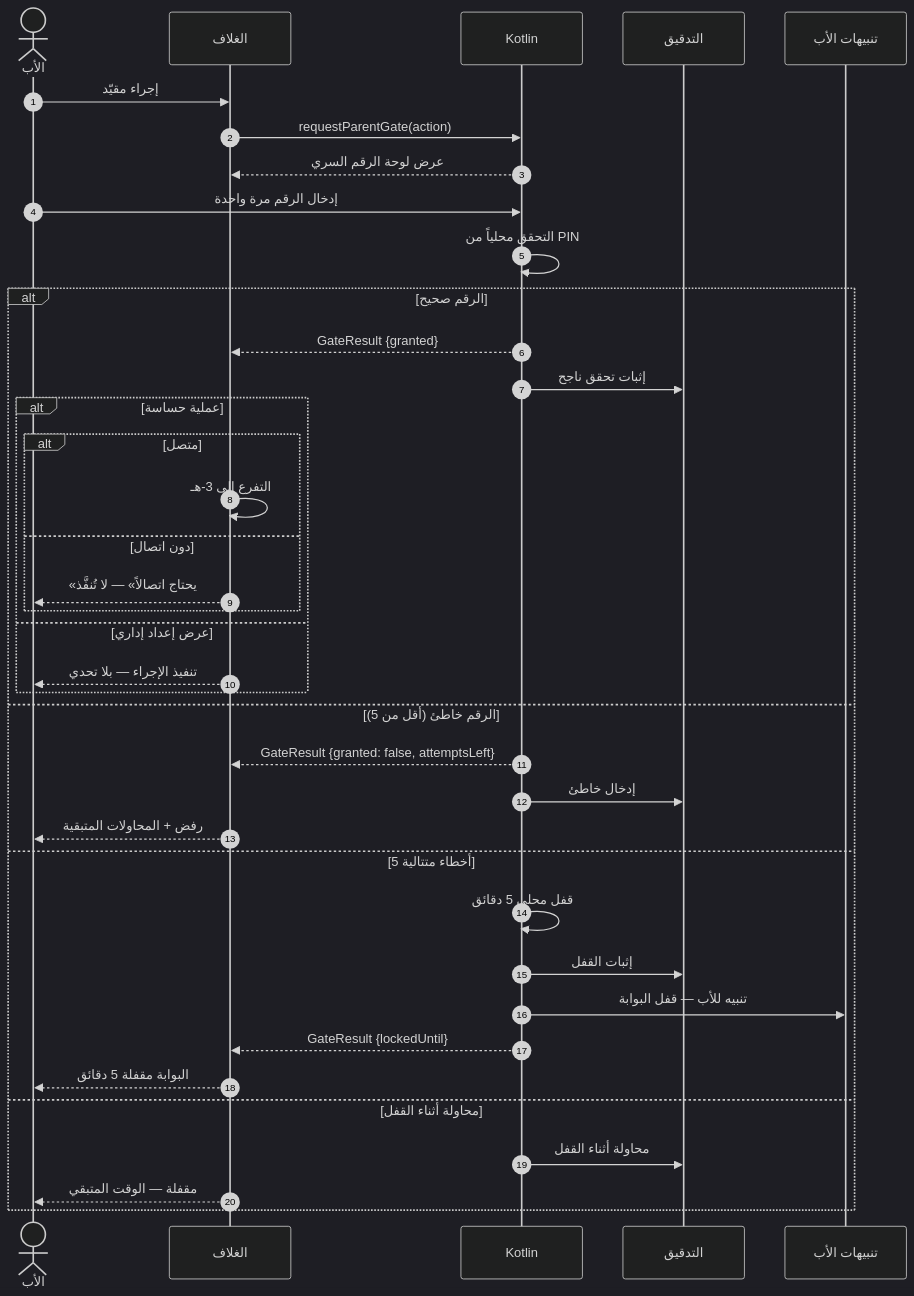
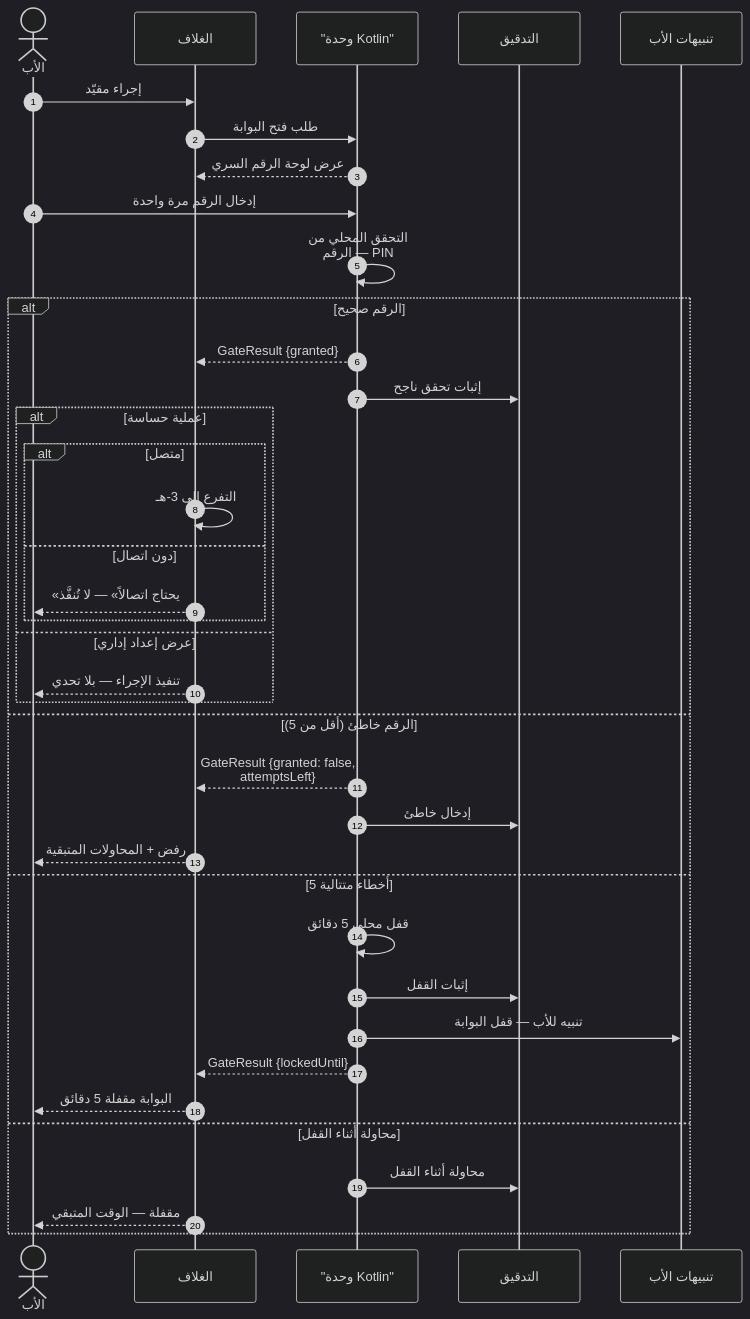
One commit to Bassam-mohammed-alqaeadi/family-os-v2 changed the fifth of 26 diagrams in docs/family-os/governance/phases/phase-1/S1-01-app-shell-and-platform/DIAGRAMS.md. Above: the diagram before and after it, drawn with Mermaid (dark theme). The commit also changed other lines of this file, not shown here.

````diff
--- a/docs/family-os/governance/phases/phase-1/S1-01-app-shell-and-platform/DIAGRAMS.md
+++ b/docs/family-os/governance/phases/phase-1/S1-01-app-shell-and-platform/DIAGRAMS.md
@@ -266,40 +270,41 @@
 ```mermaid
+%%{init: {"sequence": {"wrap": true}}}%%
 sequenceDiagram
     autonumber
     actor Father as الأب
     participant Shell as الغلاف
-    participant K as Kotlin
+    participant K as "وحدة Kotlin"
     participant Audit as التدقيق
     participant Alerts as تنبيهات الأب
     Father->>Shell: إجراء مقيّد
-    Shell->>K: requestParentGate(action)
+    Shell->>K: طلب فتح البوابة
     K-->>Shell: عرض لوحة الرقم السري
     Father->>K: إدخال الرقم مرة واحدة
-    K->>K: التحقق محلياً من PIN
+    K->>K: التحقق المحلي من الرقم — PIN
     alt الرقم صحيح
         K-->>Shell: GateResult {granted}
         K->>Audit: إثبات تحقق ناجح
         alt عملية حساسة
             alt متصل
                 Shell->>Shell: التفرع إلى 3-هـ
             else دون اتصال
                 Shell-->>Father: «يحتاج اتصالاً» — لا تُنفَّذ
             end
         else عرض إعداد إداري
             Shell-->>Father: تنفيذ الإجراء — بلا تحدي
         end
     else الرقم خاطئ (أقل من 5)
         K-->>Shell: GateResult {granted: false, attemptsLeft}
         K->>Audit: إدخال خاطئ
         Shell-->>Father: رفض + المحاولات المتبقية
     else 5 أخطاء متتالية
         K->>K: قفل محلي 5 دقائق
         K->>Audit: إثبات القفل
         K->>Alerts: تنبيه للأب — قفل البوابة
         K-->>Shell: GateResult {lockedUntil}
         Shell-->>Father: البوابة مقفلة 5 دقائق
     else محاولة أثناء القفل
         K->>Audit: محاولة أثناء القفل
         Shell-->>Father: مقفلة — الوقت المتبقي
     end
 ```
````
